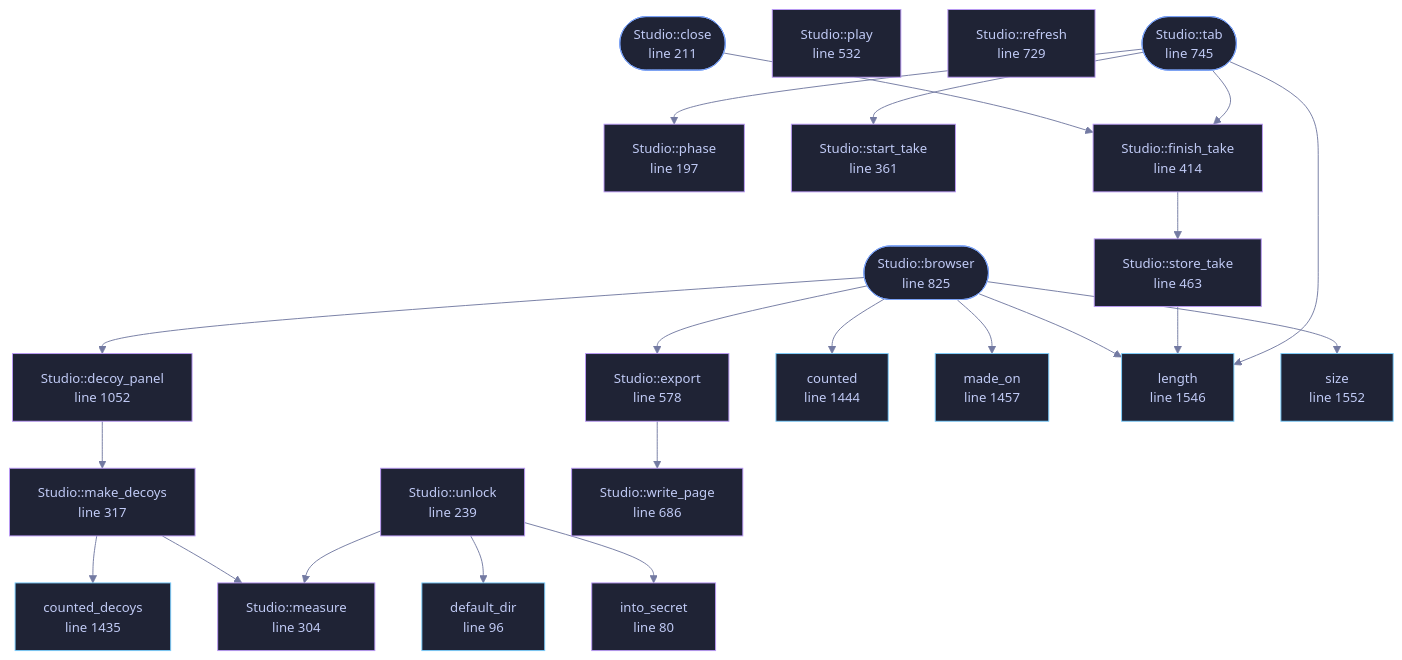
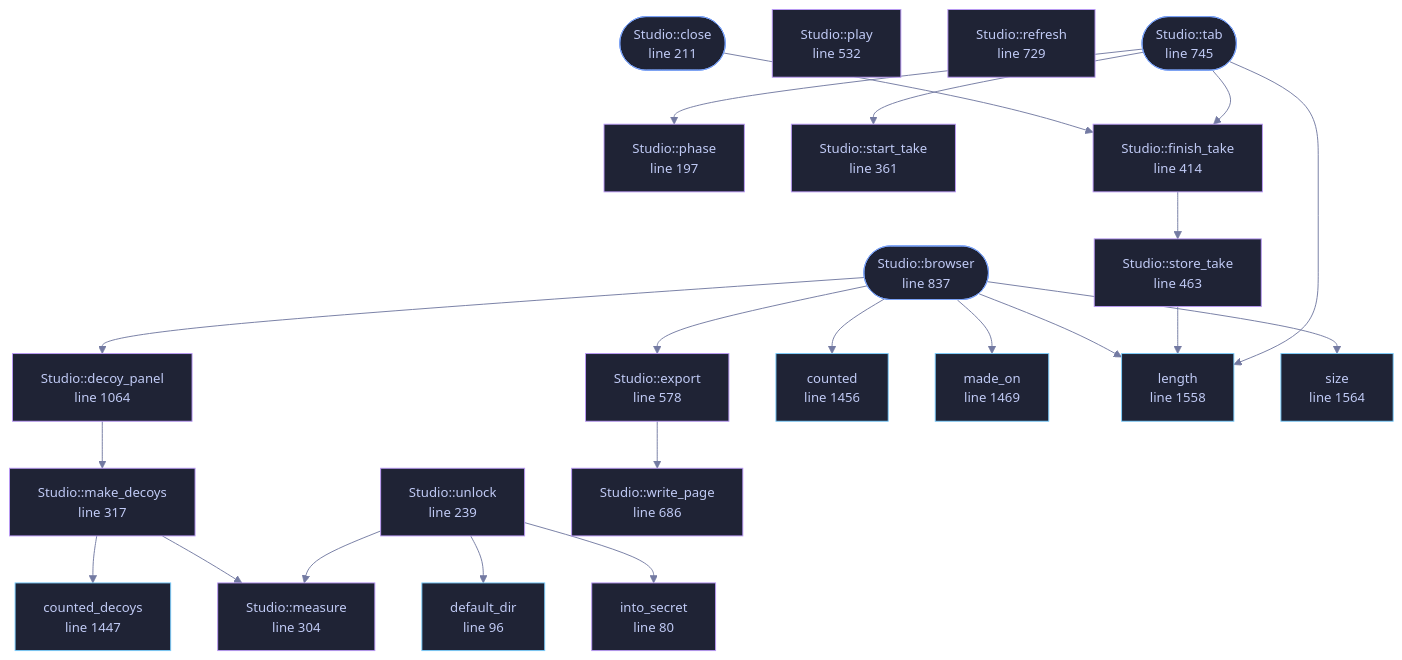
The diagram in docs/files/veilvoice-gui/studio.md (tilas01/veilvoice), drawn with Mermaid before and after one commit. The commit also changed other lines of this file and 18 other files, not shown here.

````diff
--- a/docs/files/veilvoice-gui/studio.md
+++ b/docs/files/veilvoice-gui/studio.md
@@ -138,74 +138,74 @@
 ```mermaid
 %%{init: {"theme":"base","themeVariables":{"background":"#1a1b26","primaryColor":"#1f2335","primaryTextColor":"#c0caf5","primaryBorderColor":"#7aa2f7","secondaryColor":"#16161e","tertiaryColor":"#16161e","lineColor":"#737aa2","textColor":"#c0caf5","mainBkg":"#1f2335","nodeBorder":"#7aa2f7","clusterBkg":"#16161e","clusterBorder":"#2f3549","fontFamily":"ui-monospace, SFMono-Regular, Consolas, monospace","fontSize":"14px"}}}%%
 flowchart TD
     n_into_secret["into_secret<br/>line 80"]
     n_default_dir["default_dir<br/>line 96"]
     n_phase["Studio::phase<br/>line 197"]
     n_close(["Studio::close<br/>line 211"])
     n_unlock["Studio::unlock<br/>line 239"]
     n_measure["Studio::measure<br/>line 304"]
     n_make_decoys["Studio::make_decoys<br/>line 317"]
     n_start_take["Studio::start_take<br/>line 361"]
     n_finish_take["Studio::finish_take<br/>line 414"]
     n_store_take["Studio::store_take<br/>line 463"]
     n_play["Studio::play<br/>line 532"]
     n_export["Studio::export<br/>line 578"]
     n_write_page["Studio::write_page<br/>line 686"]
     n_refresh["Studio::refresh<br/>line 729"]
     n_tab(["Studio::tab<br/>line 745"])
-    n_browser(["Studio::browser<br/>line 825"])
-    n_decoy_panel["Studio::decoy_panel<br/>line 1052"]
-    n_counted_decoys["counted_decoys<br/>line 1435"]
-    n_counted["counted<br/>line 1444"]
-    n_made_on["made_on<br/>line 1457"]
-    n_length["length<br/>line 1546"]
-    n_size["size<br/>line 1552"]
+    n_browser(["Studio::browser<br/>line 837"])
+    n_decoy_panel["Studio::decoy_panel<br/>line 1064"]
+    n_counted_decoys["counted_decoys<br/>line 1447"]
+    n_counted["counted<br/>line 1456"]
+    n_made_on["made_on<br/>line 1469"]
+    n_length["length<br/>line 1558"]
+    n_size["size<br/>line 1564"]
     n_browser --> n_counted
     n_browser --> n_decoy_panel
     n_browser --> n_export
     n_browser --> n_length
     n_browser --> n_made_on
     n_browser --> n_size
     n_close --> n_finish_take
     n_decoy_panel --> n_make_decoys
     n_export --> n_write_page
     n_finish_take --> n_store_take
     n_make_decoys --> n_counted_decoys
     n_make_decoys --> n_measure
     n_store_take --> n_length
     n_tab --> n_finish_take
     n_tab --> n_length
     n_tab --> n_phase
     n_tab --> n_start_take
     n_unlock --> n_default_dir
     n_unlock --> n_into_secret
     n_unlock --> n_measure
     click n_into_secret href "https://github.com/tilas01/veilvoice/blob/main/crates/veilvoice-gui/src/studio.rs#L80" "open the source"
     click n_default_dir href "https://github.com/tilas01/veilvoice/blob/main/crates/veilvoice-gui/src/studio.rs#L96" "open the source"
     click n_phase href "https://github.com/tilas01/veilvoice/blob/main/crates/veilvoice-gui/src/studio.rs#L197" "open the source"
     click n_close href "https://github.com/tilas01/veilvoice/blob/main/crates/veilvoice-gui/src/studio.rs#L211" "open the source"
     click n_unlock href "https://github.com/tilas01/veilvoice/blob/main/crates/veilvoice-gui/src/studio.rs#L239" "open the source"
     click n_measure href "https://github.com/tilas01/veilvoice/blob/main/crates/veilvoice-gui/src/studio.rs#L304" "open the source"
     click n_make_decoys href "https://github.com/tilas01/veilvoice/blob/main/crates/veilvoice-gui/src/studio.rs#L317" "open the source"
     click n_start_take href "https://github.com/tilas01/veilvoice/blob/main/crates/veilvoice-gui/src/studio.rs#L361" "open the source"
     click n_finish_take href "https://github.com/tilas01/veilvoice/blob/main/crates/veilvoice-gui/src/studio.rs#L414" "open the source"
     click n_store_take href "https://github.com/tilas01/veilvoice/blob/main/crates/veilvoice-gui/src/studio.rs#L463" "open the source"
     click n_play href "https://github.com/tilas01/veilvoice/blob/main/crates/veilvoice-gui/src/studio.rs#L532" "open the source"
     click n_export href "https://github.com/tilas01/veilvoice/blob/main/crates/veilvoice-gui/src/studio.rs#L578" "open the source"
     click n_write_page href "https://github.com/tilas01/veilvoice/blob/main/crates/veilvoice-gui/src/studio.rs#L686" "open the source"
     click n_refresh href "https://github.com/tilas01/veilvoice/blob/main/crates/veilvoice-gui/src/studio.rs#L729" "open the source"
     click n_tab href "https://github.com/tilas01/veilvoice/blob/main/crates/veilvoice-gui/src/studio.rs#L745" "open the source"
-    click n_browser href "https://github.com/tilas01/veilvoice/blob/main/crates/veilvoice-gui/src/studio.rs#L825" "open the source"
-    click n_decoy_panel href "https://github.com/tilas01/veilvoice/blob/main/crates/veilvoice-gui/src/studio.rs#L1052" "open the source"
-    click n_counted_decoys href "https://github.com/tilas01/veilvoice/blob/main/crates/veilvoice-gui/src/studio.rs#L1435" "open the source"
-    click n_counted href "https://github.com/tilas01/veilvoice/blob/main/crates/veilvoice-gui/src/studio.rs#L1444" "open the source"
-    click n_made_on href "https://github.com/tilas01/veilvoice/blob/main/crates/veilvoice-gui/src/studio.rs#L1457" "open the source"
-    click n_length href "https://github.com/tilas01/veilvoice/blob/main/crates/veilvoice-gui/src/studio.rs#L1546" "open the source"
-    click n_size href "https://github.com/tilas01/veilvoice/blob/main/crates/veilvoice-gui/src/studio.rs#L1552" "open the source"
+    click n_browser href "https://github.com/tilas01/veilvoice/blob/main/crates/veilvoice-gui/src/studio.rs#L837" "open the source"
+    click n_decoy_panel href "https://github.com/tilas01/veilvoice/blob/main/crates/veilvoice-gui/src/studio.rs#L1064" "open the source"
+    click n_counted_decoys href "https://github.com/tilas01/veilvoice/blob/main/crates/veilvoice-gui/src/studio.rs#L1447" "open the source"
+    click n_counted href "https://github.com/tilas01/veilvoice/blob/main/crates/veilvoice-gui/src/studio.rs#L1456" "open the source"
+    click n_made_on href "https://github.com/tilas01/veilvoice/blob/main/crates/veilvoice-gui/src/studio.rs#L1469" "open the source"
+    click n_length href "https://github.com/tilas01/veilvoice/blob/main/crates/veilvoice-gui/src/studio.rs#L1558" "open the source"
+    click n_size href "https://github.com/tilas01/veilvoice/blob/main/crates/veilvoice-gui/src/studio.rs#L1564" "open the source"
     classDef entry fill:#1f2335,stroke:#7aa2f7,color:#c0caf5
     class n_close,n_tab,n_browser entry
     classDef api fill:#1f2335,stroke:#7dcfff,color:#c0caf5
     class n_default_dir,n_counted_decoys,n_counted,n_made_on,n_length,n_size api
     classDef helper fill:#1f2335,stroke:#bb9af7,color:#c0caf5
     class n_into_secret,n_phase,n_unlock,n_measure,n_make_decoys,n_start_take,n_finish_take,n_store_take,n_play,n_export,n_write_page,n_refresh,n_decoy_panel helper
 ```
````
